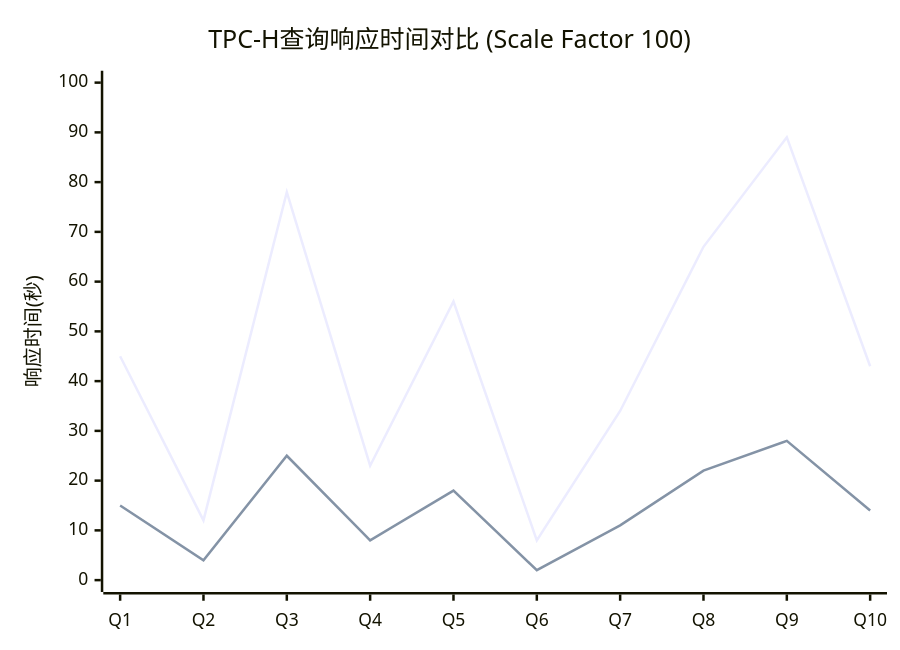
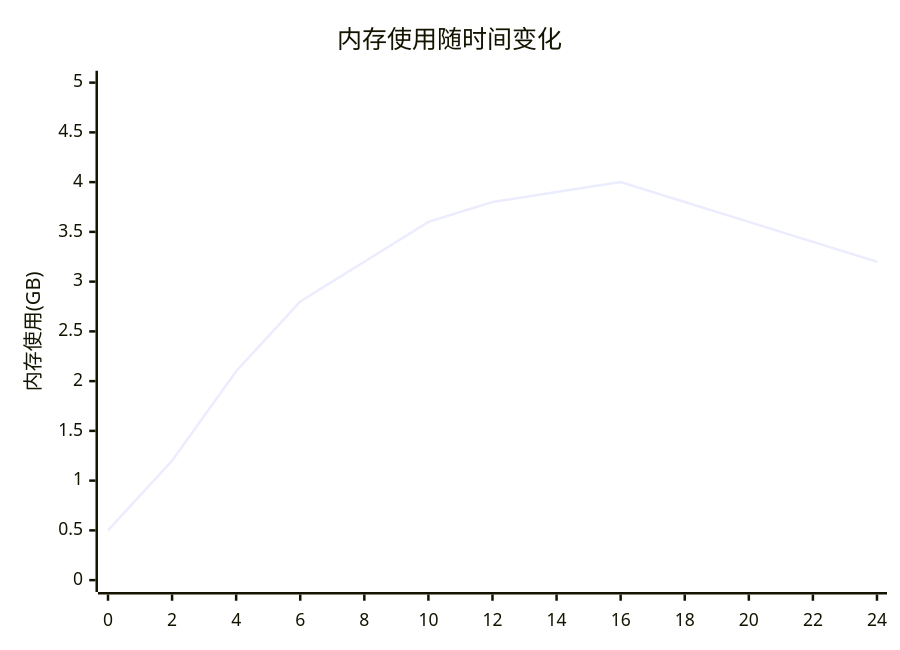
One commit to crazypenguincode/duckdb changed the sixth of 25 diagrams in md/第五章-实验与分析.md. Above: the diagram before and after it, drawn with Mermaid. The commit also changed other lines of this file and 361 other files, not shown here.

````diff
--- a/md/第五章-实验与分析.md
+++ b/md/第五章-实验与分析.md
@@ -205,8 +232,7 @@
 ```mermaid
 xychart-beta
-    title "TPC-H查询响应时间对比 (Scale Factor 100)"
-    x-axis [Q1, Q2, Q3, Q4, Q5, Q6, Q7, Q8, Q9, Q10]
-    y-axis "响应时间(秒)" 0 --> 100
-    line [45, 12, 78, 23, 56, 8, 34, 67, 89, 43]
-    line [15, 4, 25, 8, 18, 2, 11, 22, 28, 14]
+    title "内存使用随时间变化"
+    x-axis [0, 2, 4, 6, 8, 10, 12, 14, 16, 18, 20, 22, 24]
+    y-axis "内存使用(GB)" 0 --> 5
+    line [0.5, 1.2, 2.1, 2.8, 3.2, 3.6, 3.8, 3.9, 4.0, 3.8, 3.6, 3.4, 3.2]
 ```
````
